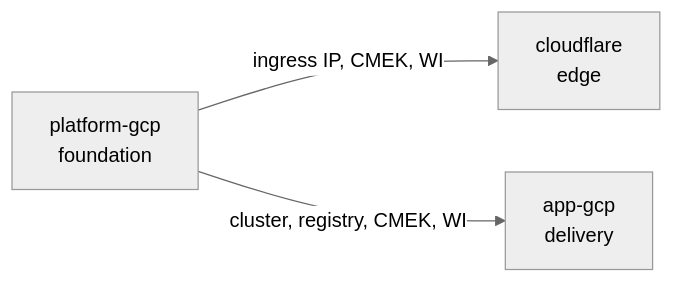
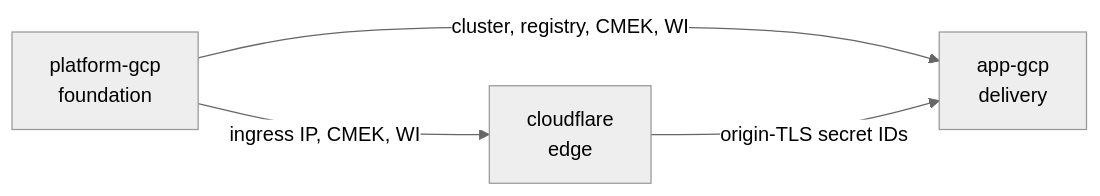
Before and after one commit to pilprod/yourown-chat: the first of 2 diagrams in README.md, drawn with Mermaid (neutral theme). The commit also changed 10 other files, not shown here.

````diff
--- a/README.md
+++ b/README.md
@@ -28,5 +28,6 @@
 ```mermaid
 graph LR
   P[platform-gcp<br/>foundation] -->|ingress IP, CMEK, WI| CF[cloudflare<br/>edge]
   P -->|cluster, registry, CMEK, WI| A[app-gcp<br/>delivery]
+  CF -->|origin-TLS secret IDs| A
 ```
````
